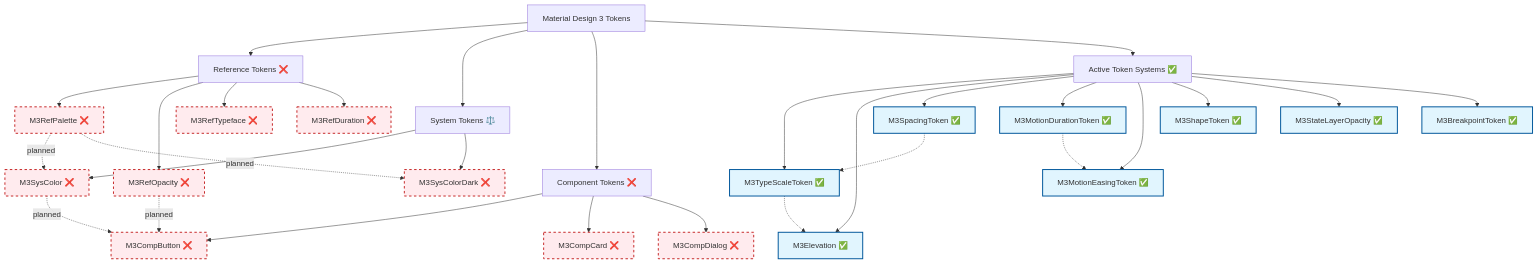
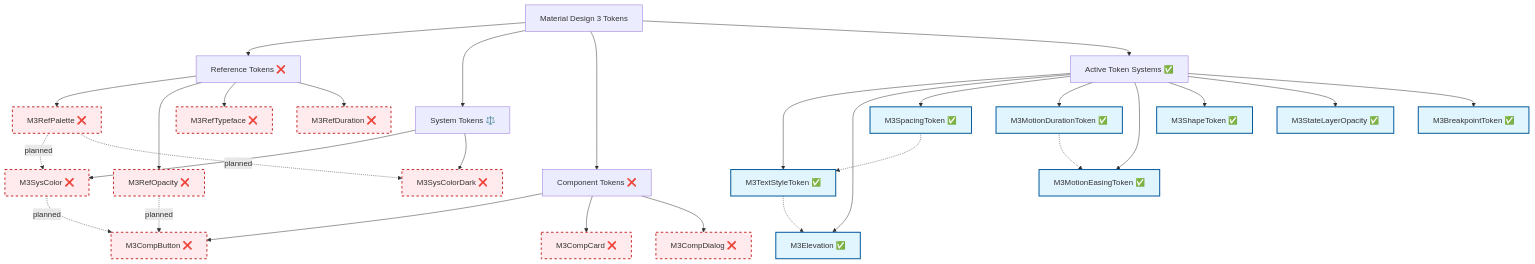
The first of 5 diagrams in documentation/material_design/en_US/maps/Token Map.md (fluttely/material_design), drawn with Mermaid before and after one commit. The commit also changed other lines of this file and 22 other files, not shown here.

````diff
--- a/documentation/material_design/en_US/maps/Token Map.md
+++ b/documentation/material_design/en_US/maps/Token Map.md
@@ -29,45 +29,45 @@
 ```mermaid
 graph TD
     A[Material Design 3 Tokens] --> B[Reference Tokens ❌]
     A --> C[System Tokens ⚖️]
     A --> D[Component Tokens ❌]
     A --> E[Active Token Systems ✅]
 
     B --> B1[M3RefPalette ❌]
     B --> B2[M3RefOpacity ❌]
     B --> B3[M3RefTypeface ❌]
     B --> B4[M3RefDuration ❌]
 
     C --> C1[M3SysColor ❌]
     C --> C2[M3SysColorDark ❌]
 
     D --> D1[M3CompButton ❌]
     D --> D2[M3CompCard ❌]
     D --> D3[M3CompDialog ❌]
 
-    E --> E1[M3TypeScaleToken ✅]
+    E --> E1[M3TextStyleToken ✅]
     E --> E2[M3Elevation ✅]
     E --> E3[M3SpacingToken ✅]
     E --> E4[M3MotionDurationToken ✅]
     E --> E5[M3MotionEasingToken ✅]
     E --> E6[M3ShapeToken ✅]
     E --> E7[M3StateLayerOpacity ✅]
     E --> E8[M3BreakpointToken ✅]
 
     %% Active dependencies (green)
     E1 -.-> E2
     E3 -.-> E1
     E4 -.-> E5
 
     %% Planned dependencies (red dashed)
     B1 -.->|planned| C1
     B1 -.->|planned| C2
     B2 -.->|planned| D1
     C1 -.->|planned| D1
 
     classDef activeToken fill:#e1f5fe,stroke:#01579b,stroke-width:2px
     classDef inactiveToken fill:#ffebee,stroke:#c62828,stroke-width:2px,stroke-dasharray: 5 5
 
     class E1,E2,E3,E4,E5,E6,E7,E8 activeToken
     class B1,B2,B3,B4,C1,C2,D1,D2,D3 inactiveToken
 ```
````
